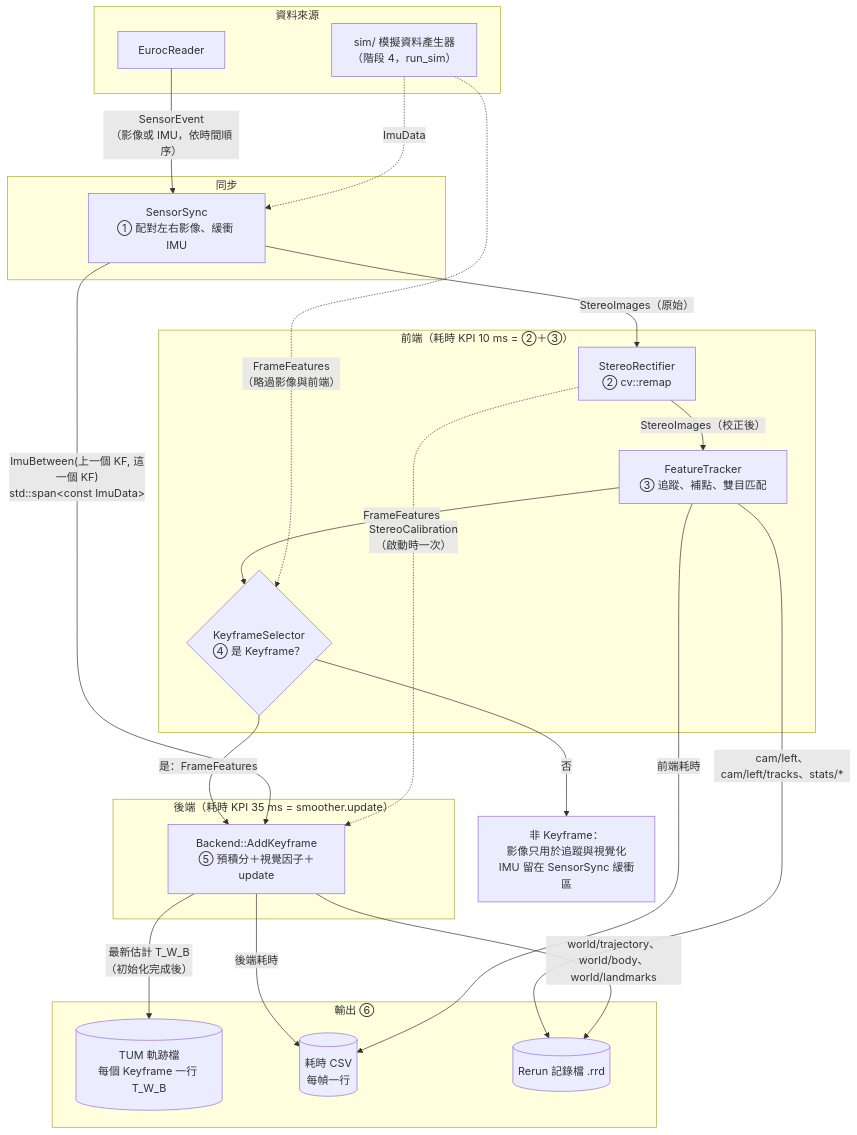
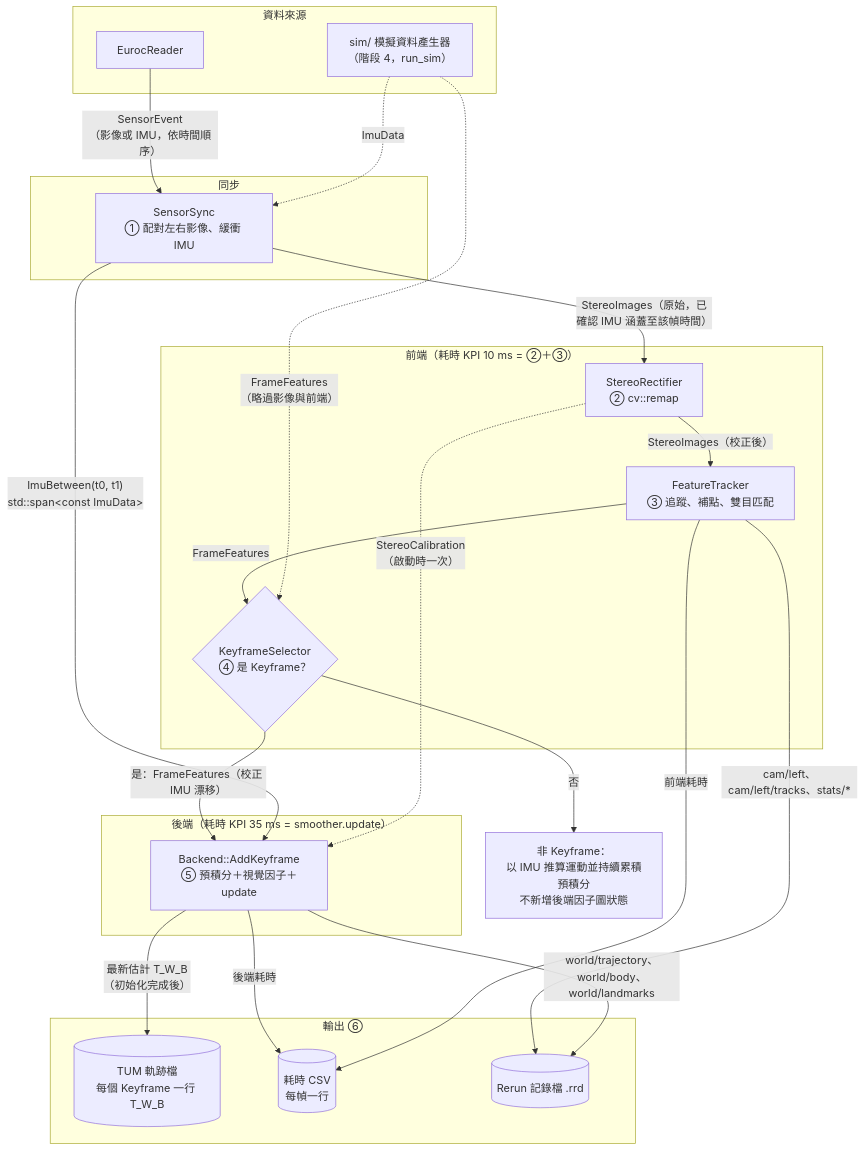
The first of 2 diagrams in docs/design.md (PHChenGit/mini-vio), drawn with Mermaid before and after one commit. The commit also changed other lines of this file and 5 other files, not shown here.

Commit message:
Add dev container SSH support and clarify IMU/Keyframe design

````diff
--- a/docs/design.md
+++ b/docs/design.md
@@ -36,47 +36,47 @@
 ```mermaid
 flowchart TD
     subgraph SRC["資料來源"]
         READER["EurocReader"]
         SIM["sim/ 模擬資料產生器<br/>（階段 4，run_sim）"]
     end
 
     subgraph SYNC["同步"]
         SENSORSYNC["SensorSync<br/>① 配對左右影像、緩衝 IMU"]
     end
 
     subgraph FE["前端（耗時 KPI 10 ms = ②＋③）"]
         RECT["StereoRectifier<br/>② cv::remap"]
         TRACKER["FeatureTracker<br/>③ 追蹤、補點、雙目匹配"]
         KFSEL{"KeyframeSelector<br/>④ 是 Keyframe？"}
     end
 
     subgraph BE["後端（耗時 KPI 35 ms = smoother.update）"]
         BACKEND["Backend::AddKeyframe<br/>⑤ 預積分＋視覺因子＋update"]
     end
 
     subgraph OUT["輸出 ⑥"]
         TUM[("TUM 軌跡檔<br/>每個 Keyframe 一行 T_W_B")]
         CSV[("耗時 CSV<br/>每幀一行")]
         RRD[("Rerun 記錄檔 .rrd")]
     end
 
-    NONKF["非 Keyframe：<br/>影像只用於追蹤與視覺化<br/>IMU 留在 SensorSync 緩衝區"]
+    NONKF["非 Keyframe：<br/>以 IMU 推算運動並持續累積預積分<br/>不新增後端因子圖狀態"]
 
     READER -->|"SensorEvent<br/>（影像或 IMU，依時間順序）"| SENSORSYNC
-    SENSORSYNC -->|"StereoImages（原始）"| RECT
+    SENSORSYNC -->|"StereoImages（原始，已確認 IMU 涵蓋至該幀時間）"| RECT
     RECT -->|"StereoImages（校正後）"| TRACKER
     TRACKER -->|"FrameFeatures"| KFSEL
     KFSEL -->|"否"| NONKF
-    KFSEL -->|"是：FrameFeatures"| BACKEND
-    SENSORSYNC -->|"ImuBetween(上一個 KF, 這一個 KF)<br/>std::span#lt;const ImuData#gt;"| BACKEND
+    KFSEL -->|"是：FrameFeatures（校正 IMU 漂移）"| BACKEND
+    SENSORSYNC -->|"ImuBetween(t0, t1)<br/>std::span#lt;const ImuData#gt;"| BACKEND
     RECT -.->|"StereoCalibration<br/>（啟動時一次）"| BACKEND
 
     SIM -.->|"ImuData"| SENSORSYNC
     SIM -.->|"FrameFeatures<br/>（略過影像與前端）"| KFSEL
 
     BACKEND -->|"最新估計 T_W_B<br/>（初始化完成後）"| TUM
     BACKEND -->|"後端耗時"| CSV
     TRACKER -->|"前端耗時"| CSV
     TRACKER -->|"cam/left、cam/left/tracks、stats/*"| RRD
     BACKEND -->|"world/trajectory、world/body、world/landmarks"| RRD
 ```
````
